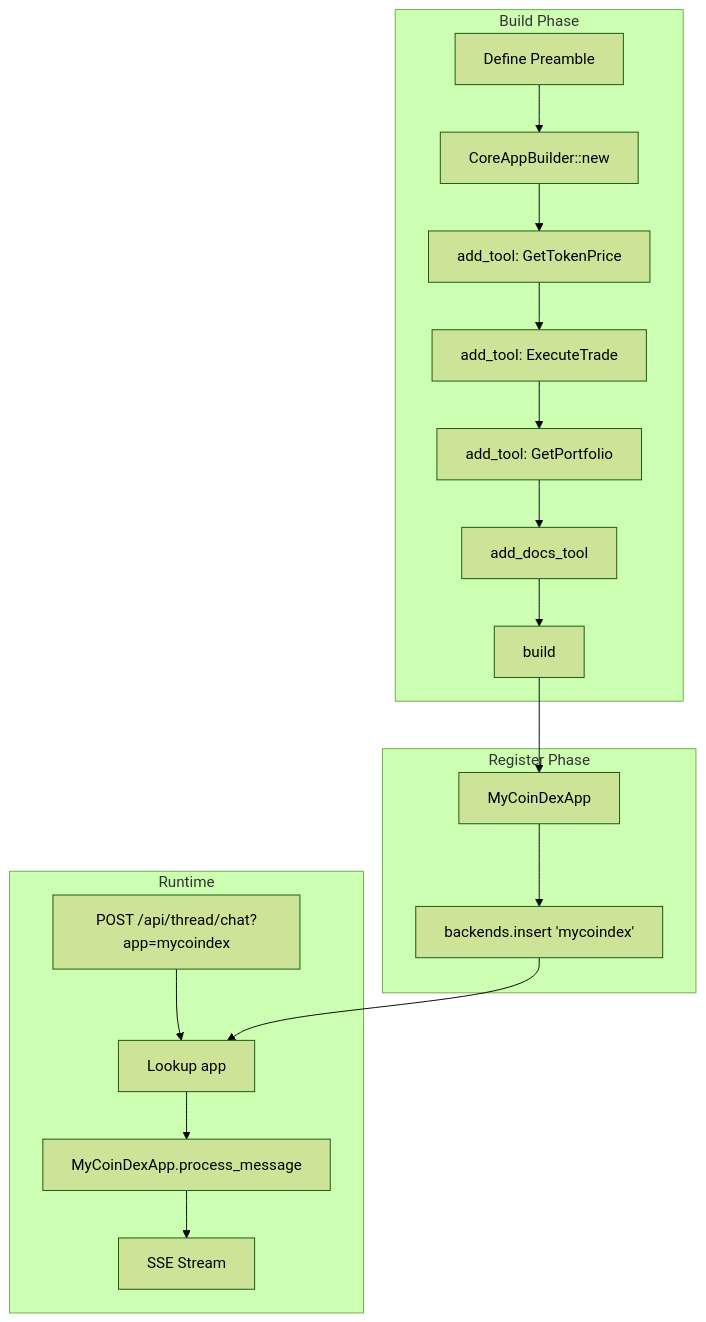
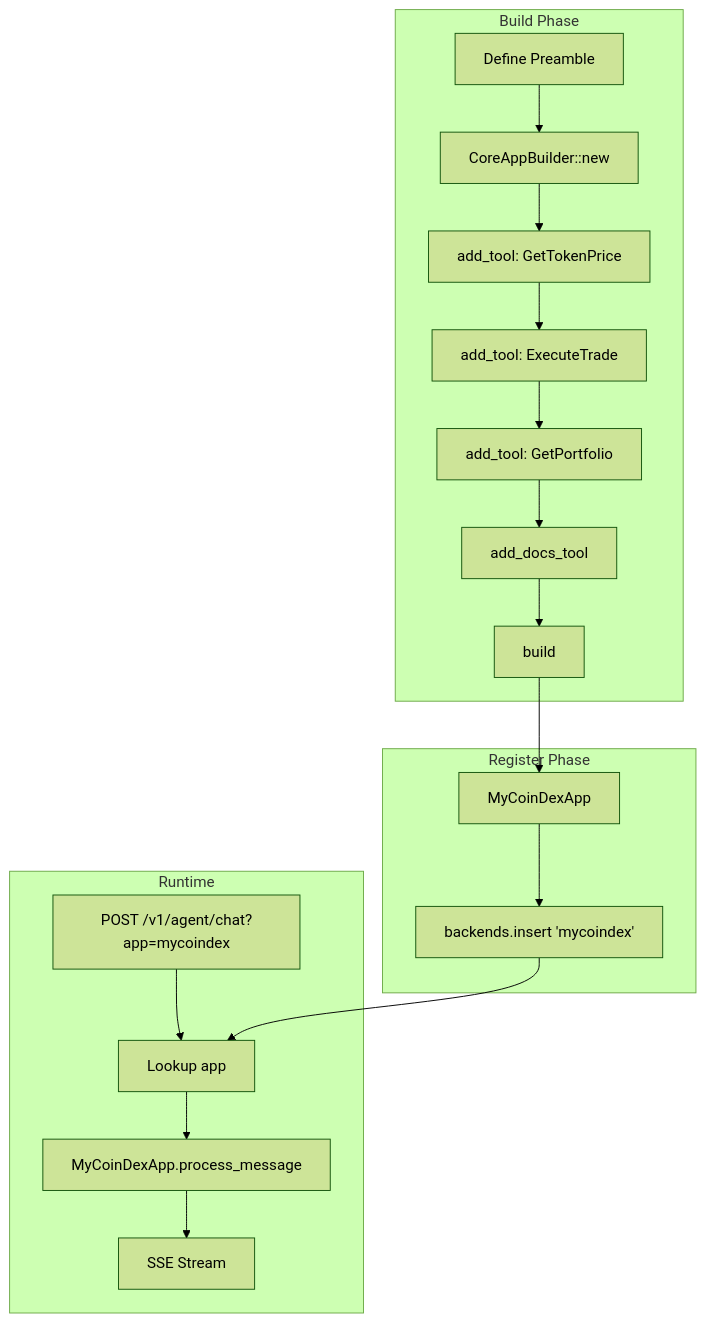
One commit to aomi-labs/aomi-widget changed the third of 3 diagrams in apps/landing/content/guides/build/services/building-apps.mdx. Above: the diagram before and after it, drawn with Mermaid (forest theme). The commit also changed 246 other files, not shown here.

````diff
--- a/apps/landing/content/guides/build/services/building-apps.mdx
+++ b/apps/landing/content/guides/build/services/building-apps.mdx
@@ -250,24 +250,24 @@
 ```mermaid
 flowchart TB
     subgraph "Build Phase"
         P[Define Preamble] --> B[CoreAppBuilder::new]
         B --> T1[add_tool: GetTokenPrice]
         T1 --> T2[add_tool: ExecuteTrade]
         T2 --> T3[add_tool: GetPortfolio]
         T3 --> D[add_docs_tool]
         D --> BUILD[build]
     end
 
     subgraph "Register Phase"
         BUILD --> APP[MyCoinDexApp]
         APP --> REG[backends.insert 'mycoindex']
     end
 
     subgraph "Runtime"
-        REQ[POST /api/thread/chat?app=mycoindex] --> LOOKUP[Lookup app]
+        REQ[POST /v1/agent/chat?app=mycoindex] --> LOOKUP[Lookup app]
         LOOKUP --> APP2[MyCoinDexApp.process_message]
         APP2 --> RESPONSE[SSE Stream]
     end
 
     REG --> LOOKUP
 ```
````
